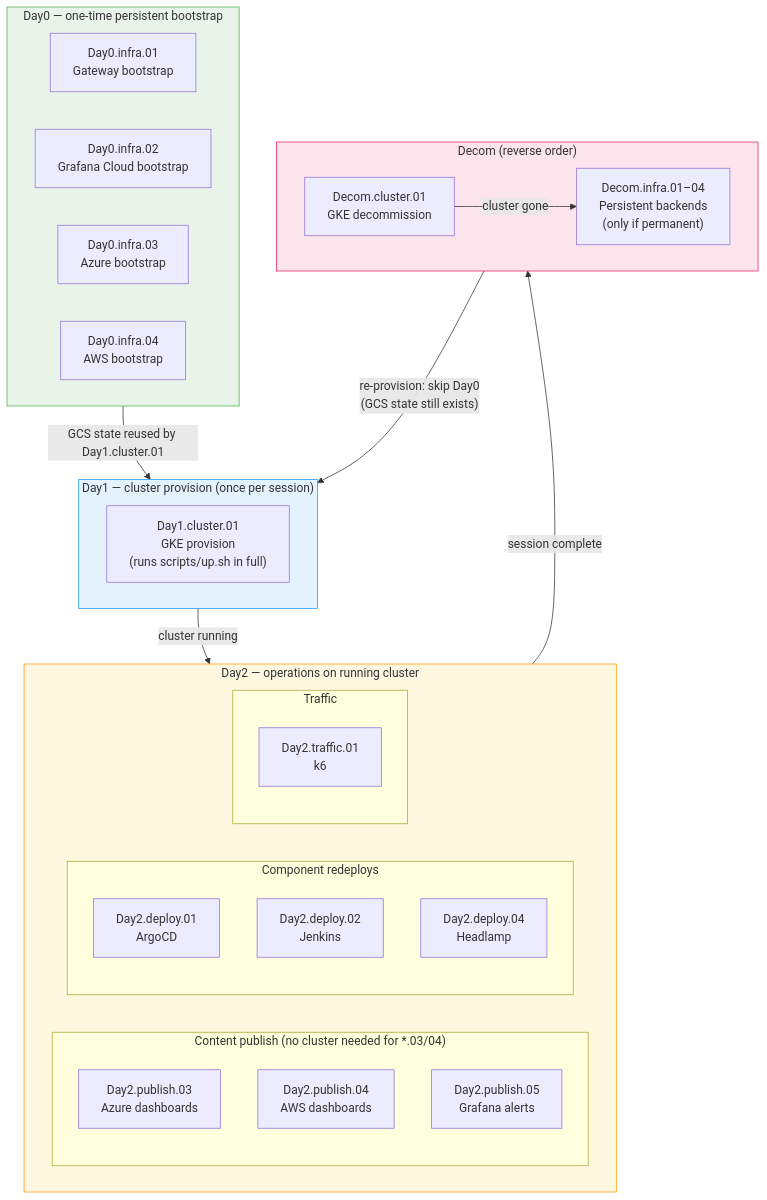
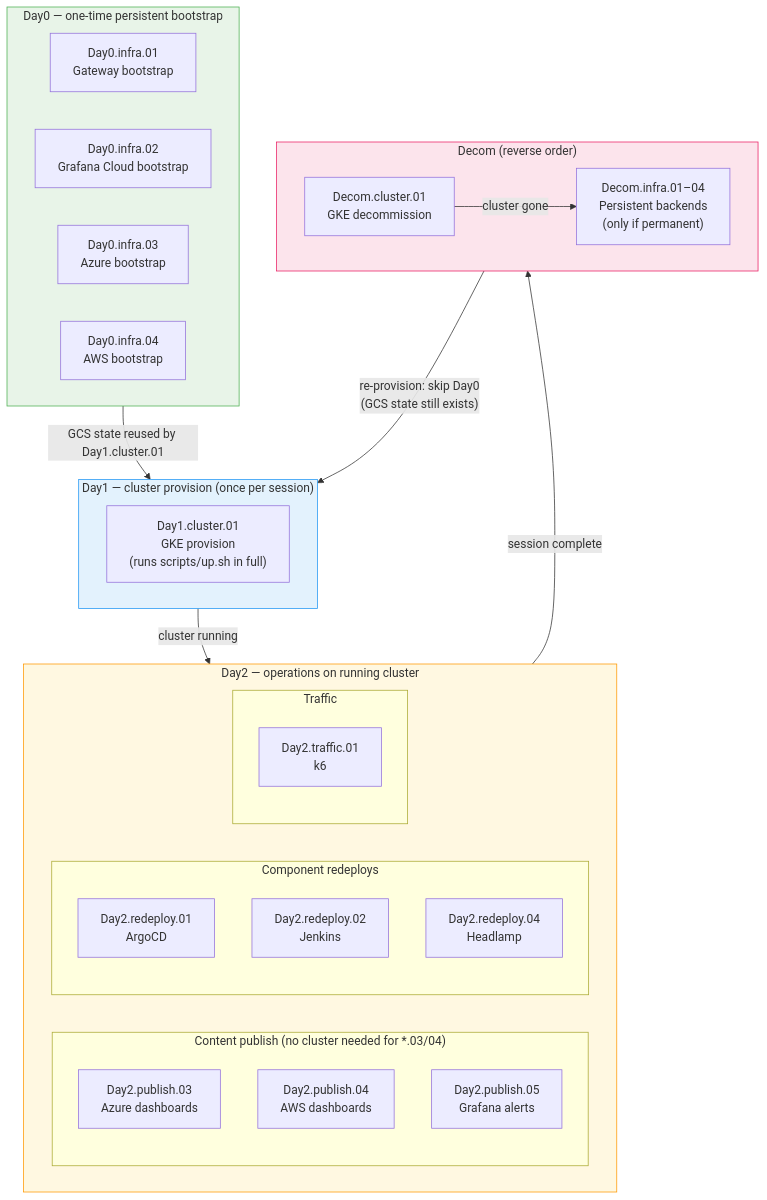
Before and after one commit to nubenetes/jenkins-2026: the second of 2 diagrams in docs/101-GITHUB_ACTIONS_WORKFLOWS.md, drawn with Mermaid. The commit also changed other lines of this file and 31 other files, not shown here.

````diff
--- a/docs/101-GITHUB_ACTIONS_WORKFLOWS.md
+++ b/docs/101-GITHUB_ACTIONS_WORKFLOWS.md
@@ -152,48 +152,48 @@
 ```mermaid
 flowchart TD
     subgraph D0["Day0 — one-time persistent bootstrap"]
         direction LR
         w0101["Day0.infra.01\nGateway bootstrap"]
         w0102["Day0.infra.02\nGrafana Cloud bootstrap"]
         w0103["Day0.infra.03\nAzure bootstrap"]
         w0104["Day0.infra.04\nAWS bootstrap"]
     end
 
     subgraph D1["Day1 — cluster provision (once per session)"]
         w0201["Day1.cluster.01\nGKE provision\n(runs scripts/up.sh in full)"]
     end
 
     subgraph D2["Day2 — operations on running cluster"]
         direction LR
         subgraph content["Content publish (no cluster needed for *.03/04)"]
             w5103["Day2.publish.03\nAzure dashboards"]
             w5104["Day2.publish.04\nAWS dashboards"]
             w5105["Day2.publish.05\nGrafana alerts"]
         end
         subgraph redeploy["Component redeploys"]
-            w52ar["Day2.deploy.01\nArgoCD"]
-            w5202["Day2.deploy.02\nJenkins"]
-            w5203["Day2.deploy.04\nHeadlamp"]
+            w52ar["Day2.redeploy.01\nArgoCD"]
+            w5202["Day2.redeploy.02\nJenkins"]
+            w5203["Day2.redeploy.04\nHeadlamp"]
         end
         subgraph sim["Traffic"]
             w5901["Day2.traffic.01\nk6"]
         end
     end
 
     subgraph DECOM["Decom (reverse order)"]
         direction LR
         w9101["Decom.cluster.01\nGKE decommission"]
         w92xx["Decom.infra.01–04\nPersistent backends\n(only if permanent)"]
         w9101 -->|"cluster gone"| w92xx
     end
 
     D0 -->|"GCS state reused by Day1.cluster.01"| D1
     D1 -->|"cluster running"| D2
     D2 -->|"session complete"| DECOM
     DECOM -->|"re-provision: skip Day0\n(GCS state still exists)"| D1
 
     style D0 fill:#e8f4e8,stroke:#4caf50
     style D1 fill:#e3f2fd,stroke:#2196f3
     style D2 fill:#fff8e1,stroke:#ff9800
     style DECOM fill:#fce4ec,stroke:#e91e63
 ```
````
